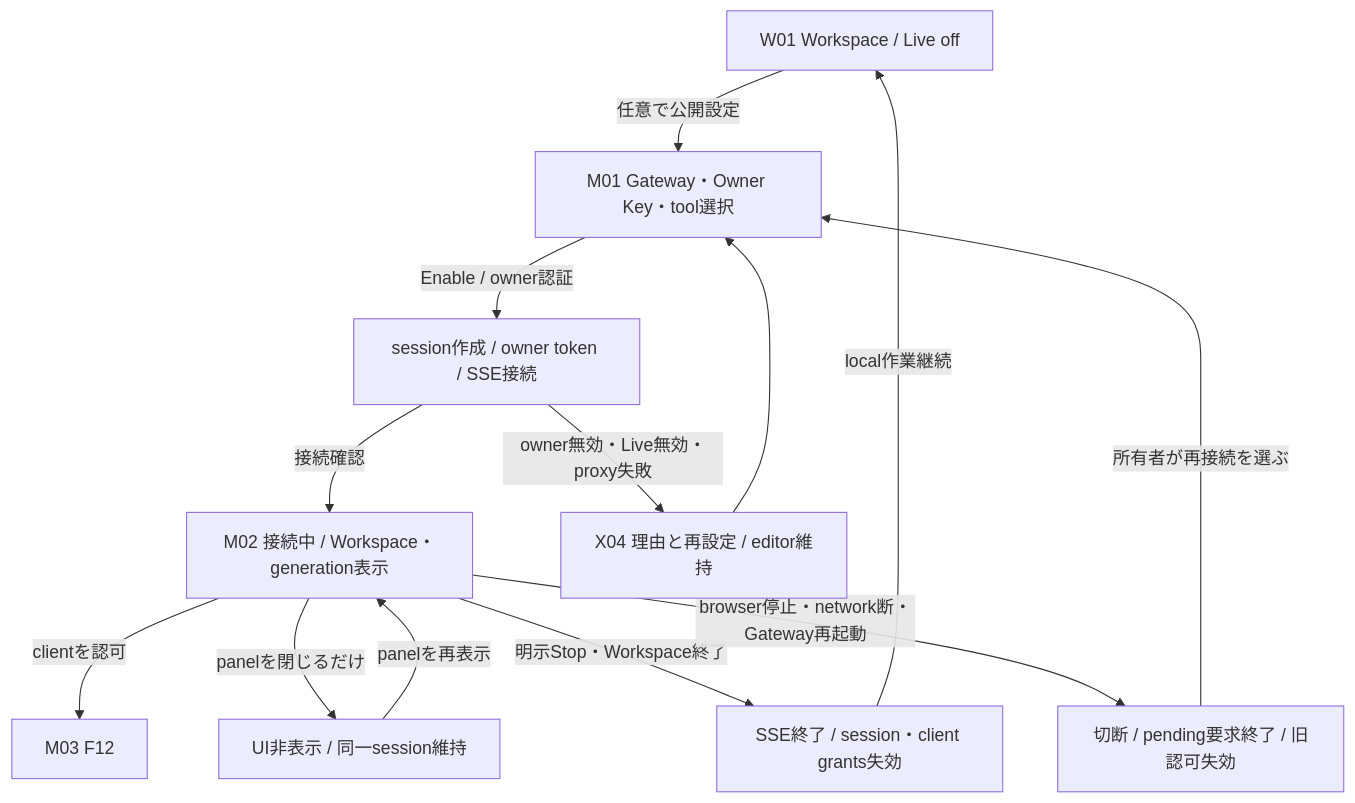
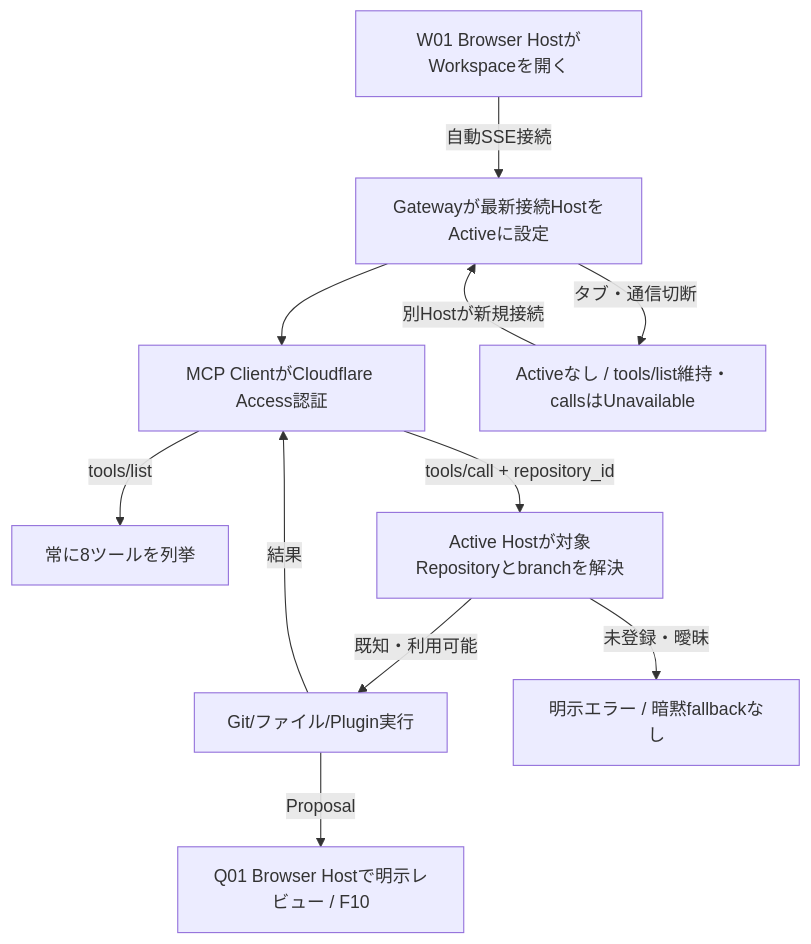
Before and after one commit to yohn-jp/proprium: diagram 12 of 18 in docs/architecture/USER-FLOWS.md, drawn with Mermaid. The commit also changed other lines of this file and 19 other files, not shown here.

Commit message:
feat: active-browser MCP repository routing

````diff
--- a/docs/architecture/USER-FLOWS.md
+++ b/docs/architecture/USER-FLOWS.md
@@ -253,15 +253,13 @@
 ```mermaid
 flowchart TD
-  W01["W01 Workspace / Live off"] -->|任意で公開設定| M01["M01 Gateway・Owner Key・tool選択"]
-  M01 -->|Enable / owner認証| Connecting["session作成 / owner token / SSE接続"]
-  Connecting -->|接続確認| M02["M02 接続中 / Workspace・generation表示"]
-  Connecting -->|owner無効・Live無効・proxy失敗| X04["X04 理由と再設定 / editor維持"]
-  X04 --> M01
-  M02 -->|clientを認可| M03["M03 F12"]
-  M02 -->|panelを閉じるだけ| Hidden["UI非表示 / 同一session維持"]
-  Hidden -->|panelを再表示| M02
-  M02 -->|明示Stop・Workspace終了| Off["SSE終了 / session・client grants失効"]
-  M02 -->|browser停止・network断・Gateway再起動| Lost["切断 / pending要求終了 / 旧認可失効"]
-  Lost -->|所有者が再接続を選ぶ| M01
-  Off -->|local作業継続| W01
+  W01["W01 Browser HostがWorkspaceを開く"] -->|自動SSE接続| Active["Gatewayが最新接続HostをActiveに設定"]
+  Active --> Client["MCP ClientがCloudflare Access認証"]
+  Client -->|tools/list| Fixed["常に8ツールを列挙"]
+  Client -->|tools/call + repository_id| Resolve["Active Hostが対象Repositoryとbranchを解決"]
+  Resolve -->|既知・利用可能| Run["Git/ファイル/Plugin実行"]
+  Resolve -->|未登録・曖昧| Failed["明示エラー / 暗黙fallbackなし"]
+  Run -->|Proposal| Q01["Q01 Browser Hostで明示レビュー / F10"]
+  Run -->|結果| Client
+  Active -->|タブ・通信切断| Lost["Activeなし / tools/list維持・callsはUnavailable"]
+  Lost -->|別Hostが新規接続| Active
 ```
````
